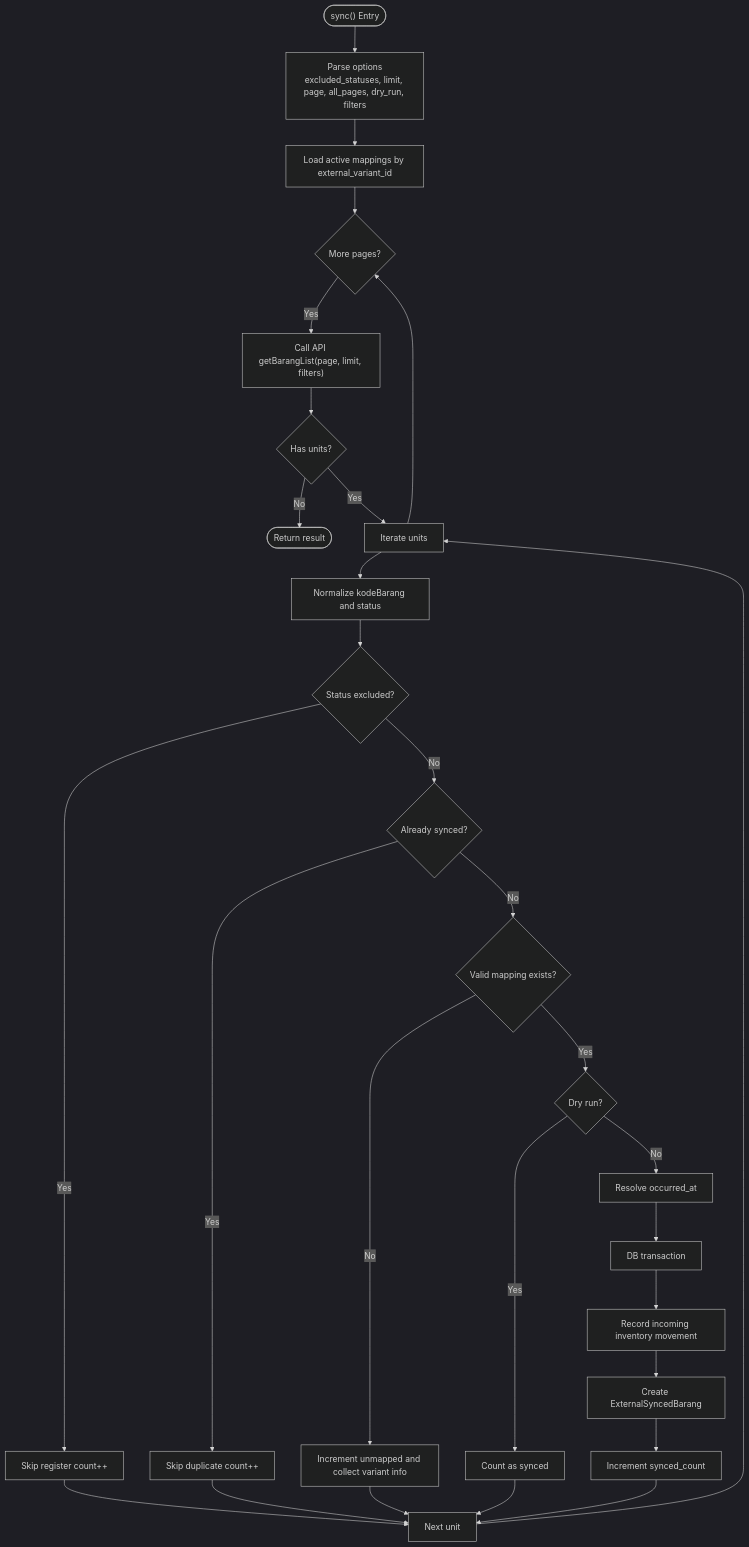
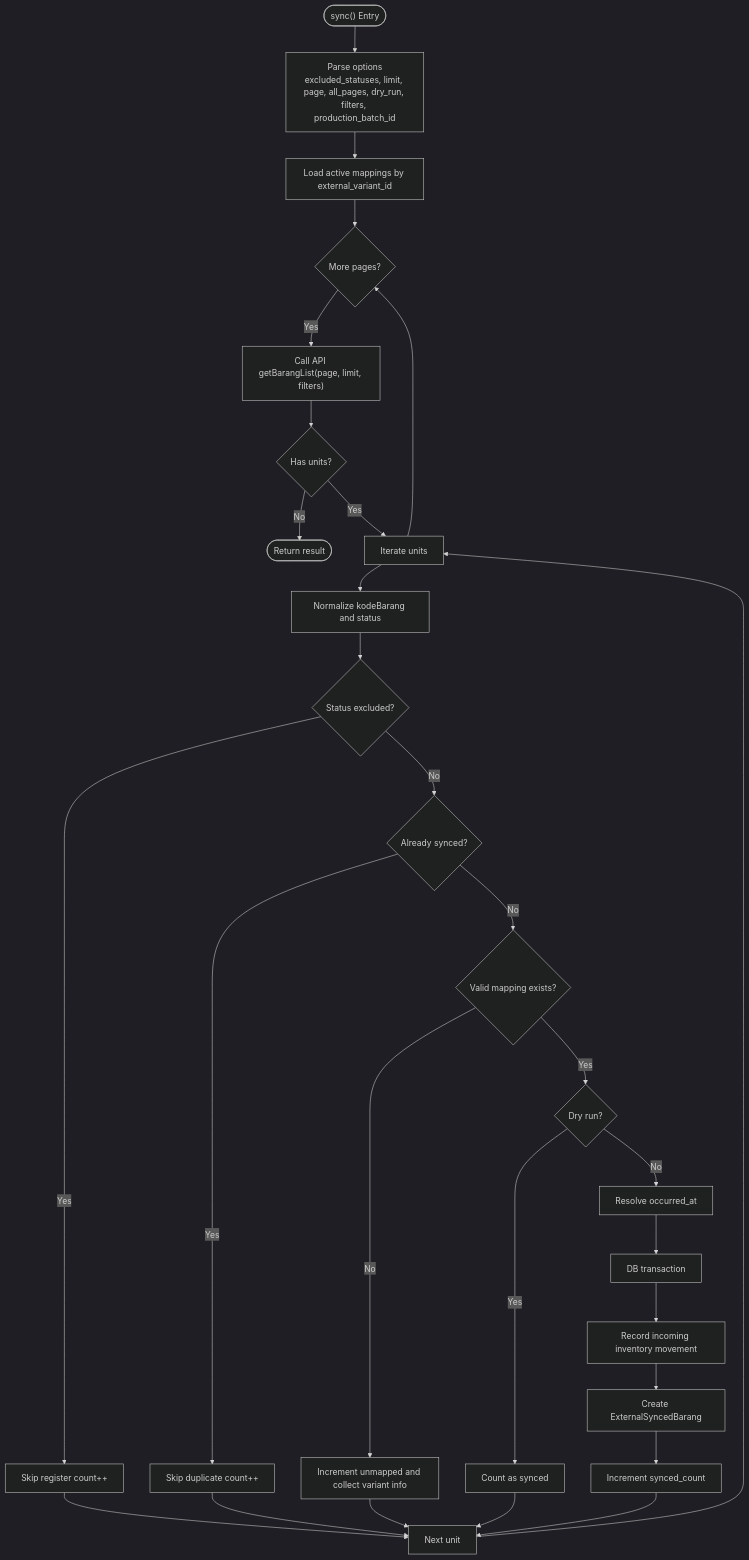
One commit to Dikksap/laravel_RsvHelmet changed the third of 4 diagrams in .qoder/repowiki/en/content/Services Layer/External Barang Sync Service.md. Above: the diagram before and after it, drawn with Mermaid (dark theme). The commit also changed other lines of this file and 129 other files, not shown here.

````diff
--- a/.qoder/repowiki/en/content/Services Layer/External Barang Sync Service.md
+++ b/.qoder/repowiki/en/content/Services Layer/External Barang Sync Service.md
@@ -157,27 +188,27 @@
 ```mermaid
 flowchart TD
-Start(["sync() Entry"]) --> Options["Parse options<br/>excluded_statuses, limit, page, all_pages, dry_run, filters"]
+Start(["sync() Entry"]) --> Options["Parse options<br/>excluded_statuses, limit, page, all_pages, dry_run, filters, production_batch_id"]
 Options --> LoadMappings["Load active mappings by external_variant_id"]
 LoadMappings --> LoopPages{"More pages?"}
 LoopPages --> |Yes| FetchPage["Call API getBarangList(page, limit, filters)"]
 FetchPage --> HasUnits{"Has units?"}
 HasUnits --> |No| End([Return result])
 HasUnits --> |Yes| LoopUnits["Iterate units"]
 LoopUnits --> Normalize["Normalize kodeBarang and status"]
 Normalize --> CheckExcluded{"Status excluded?"}
 CheckExcluded --> |Yes| SkipRegister["Skip register count++"] --> NextUnit["Next unit"]
 CheckExcluded --> |No| CheckDuplicate{"Already synced?"}
 CheckDuplicate --> |Yes| SkipDuplicate["Skip duplicate count++"] --> NextUnit
 CheckDuplicate --> |No| CheckMapping{"Valid mapping exists?"}
 CheckMapping --> |No| Unmapped["Increment unmapped and collect variant info"] --> NextUnit
 CheckMapping --> |Yes| DryRun{"Dry run?"}
 DryRun --> |Yes| CountDry["Count as synced"] --> NextUnit
 DryRun --> |No| ResolveDate["Resolve occurred_at"]
 ResolveDate --> Transaction["DB transaction"]
 Transaction --> RecordMovement["Record incoming inventory movement"]
 RecordMovement --> PersistSync["Create ExternalSyncedBarang"]
 PersistSync --> Success["Increment synced_count"] --> NextUnit
 NextUnit --> LoopUnits
 LoopUnits --> LoopPages
 End
 ```
````
